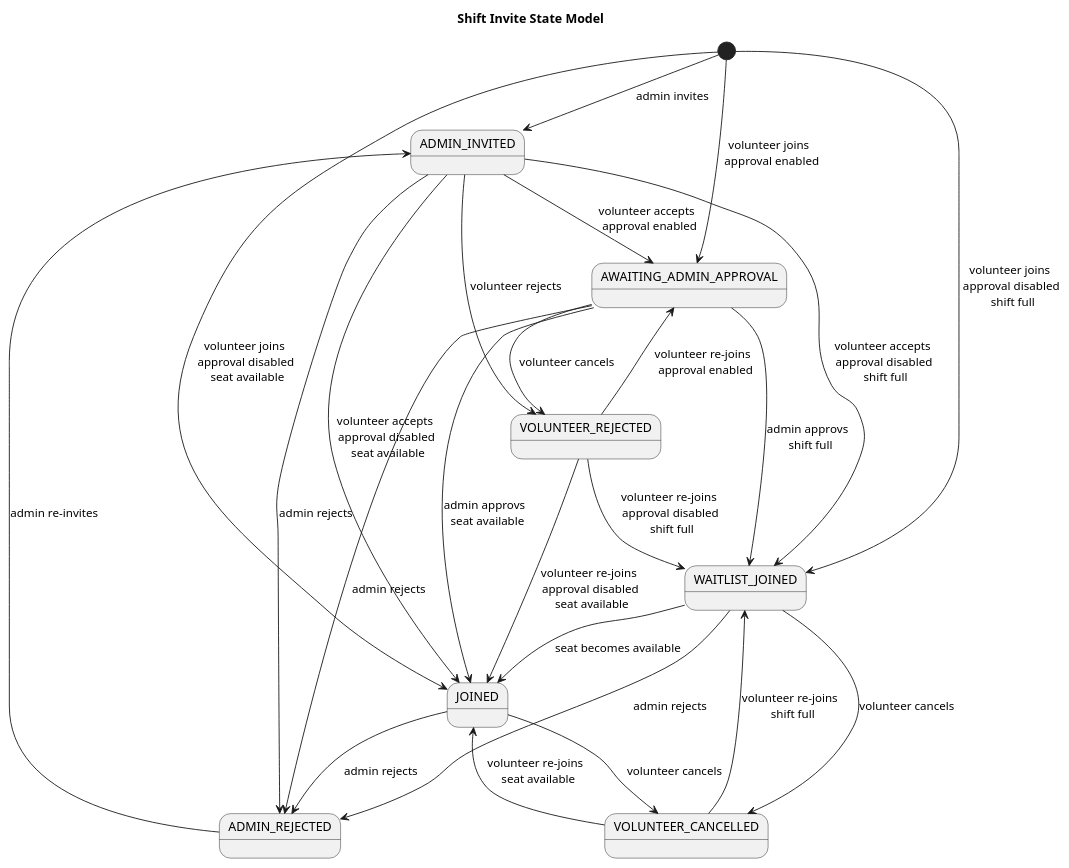
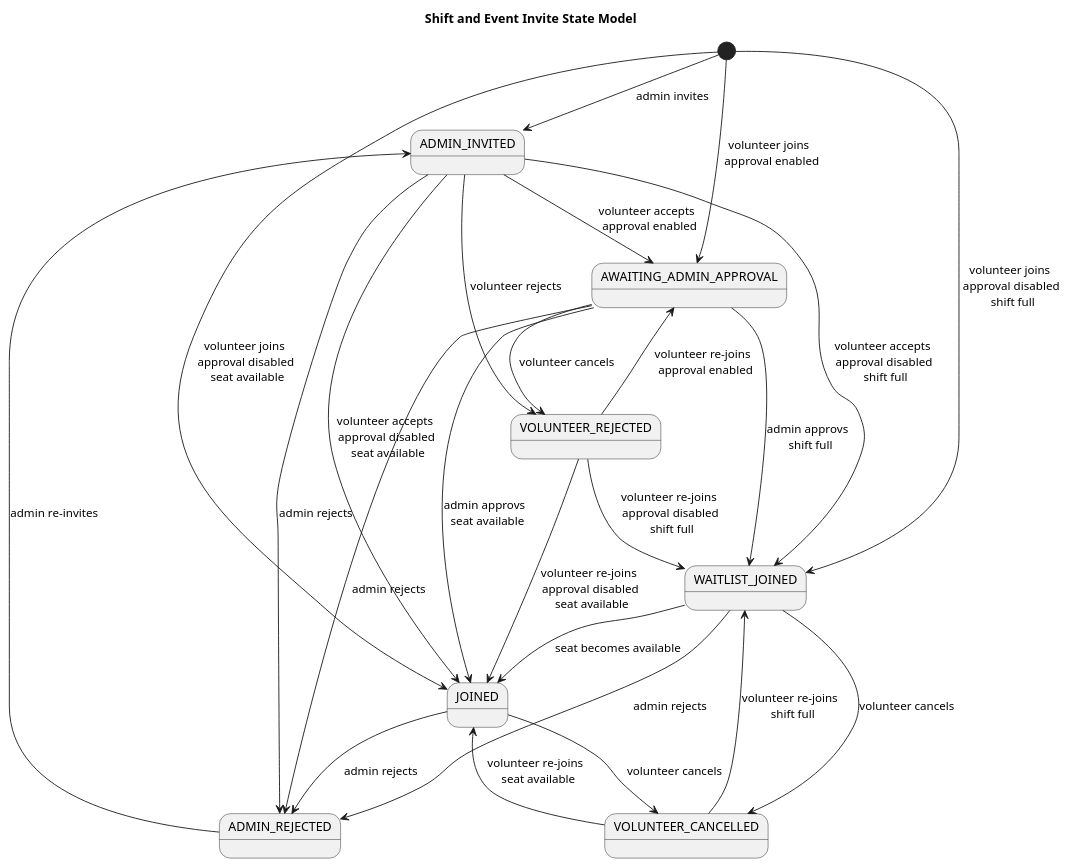
The diagram in models/Invite-states.plantuml (holi-social/caluno), drawn with PlantUML before and after one commit.

Commit message:
model: rename model

```diff
--- a/models/Invite-states.plantuml
+++ b/models/Invite-states.plantuml
@@ -1,37 +1,37 @@
-@startuml InviteOriginStatusModel
+@startuml InviteStatusModel
 
-title Shift Invite State Model
+title Shift and Event Invite State Model
 
 [*] --> ADMIN_INVITED : admin invites
 [*] --> AWAITING_ADMIN_APPROVAL : volunteer joins \n approval enabled
 [*] --> WAITLIST_JOINED : volunteer joins \n approval disabled \n shift full
 [*] --> JOINED : volunteer joins \n approval disabled \n seat available
 
 ADMIN_INVITED --> VOLUNTEER_REJECTED : volunteer rejects
 ADMIN_INVITED --> AWAITING_ADMIN_APPROVAL : volunteer accepts \n approval enabled
 ADMIN_INVITED --> WAITLIST_JOINED : volunteer accepts \n approval disabled \n shift full
 ADMIN_INVITED --> JOINED : volunteer accepts \n approval disabled \n seat available
 ADMIN_INVITED --> ADMIN_REJECTED : admin rejects
 
 VOLUNTEER_REJECTED --> AWAITING_ADMIN_APPROVAL : volunteer re-joins \n approval enabled
 VOLUNTEER_REJECTED --> WAITLIST_JOINED : volunteer re-joins \n approval disabled \n shift full
 VOLUNTEER_REJECTED --> JOINED : volunteer re-joins \n approval disabled \n seat available
 
 AWAITING_ADMIN_APPROVAL --> ADMIN_REJECTED : admin rejects
 AWAITING_ADMIN_APPROVAL --> VOLUNTEER_REJECTED : volunteer cancels
 AWAITING_ADMIN_APPROVAL -right-> WAITLIST_JOINED : admin approvs \n shift full
 AWAITING_ADMIN_APPROVAL --> JOINED : admin approvs \n seat available
 
 WAITLIST_JOINED --> JOINED : seat becomes available
 WAITLIST_JOINED --> VOLUNTEER_CANCELLED : volunteer cancels
 WAITLIST_JOINED --> ADMIN_REJECTED : admin rejects
 
 JOINED --> VOLUNTEER_CANCELLED : volunteer cancels
 JOINED --> ADMIN_REJECTED : admin rejects
 
 VOLUNTEER_CANCELLED -up-> JOINED : volunteer re-joins \n seat available
 VOLUNTEER_CANCELLED -up-> WAITLIST_JOINED : volunteer re-joins \n shift full
 
 ADMIN_REJECTED -up-> ADMIN_INVITED : admin re-invites
 
 @enduml
```
